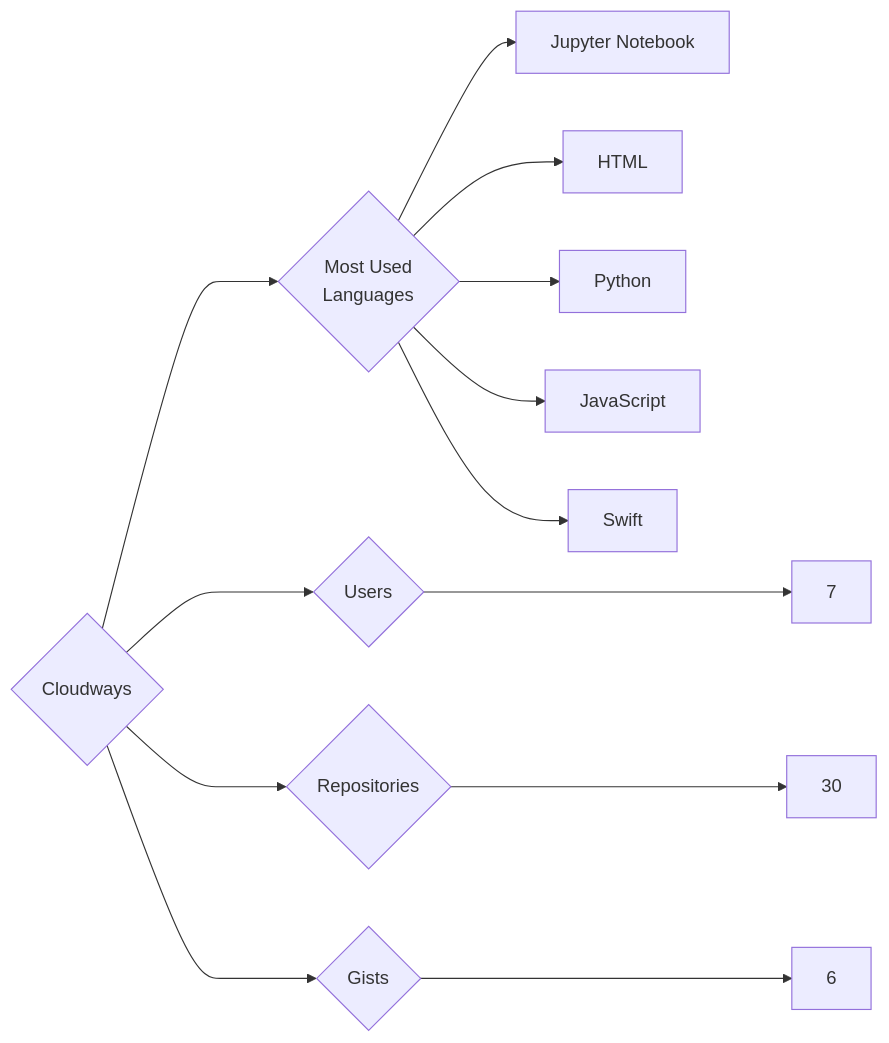
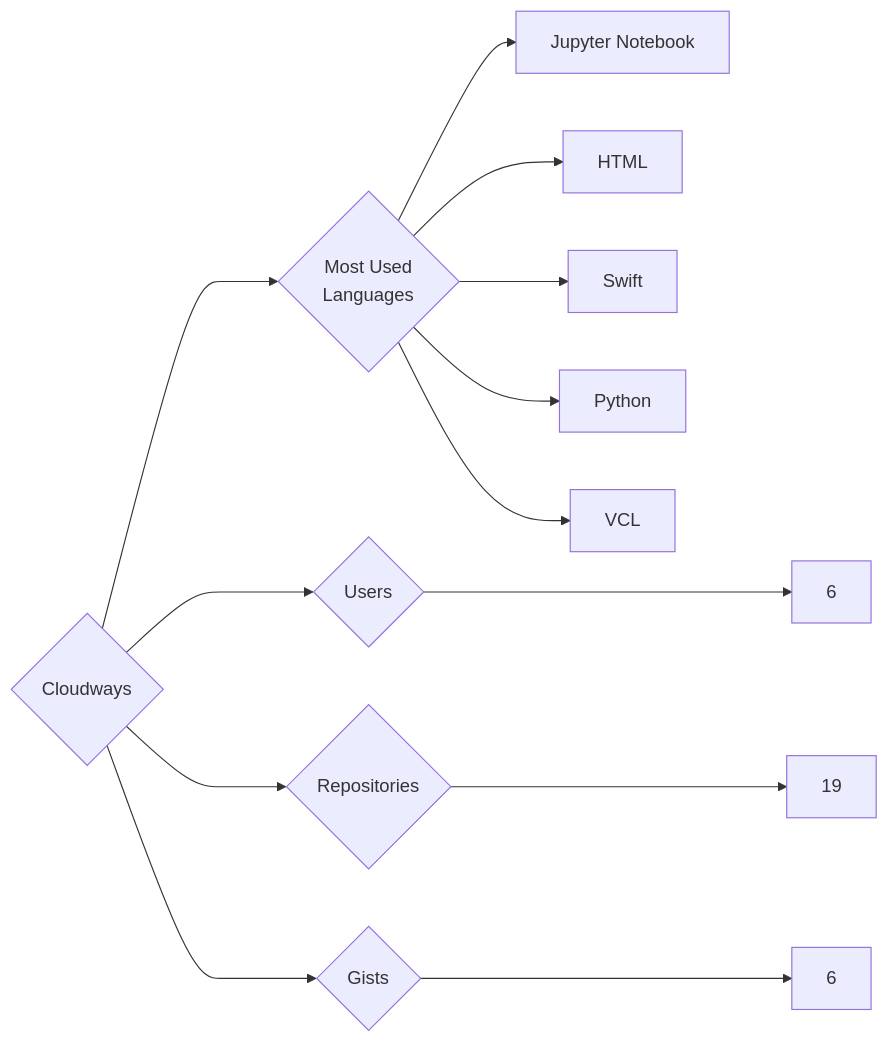
Before and after one commit to trickest/insiders: the diagram in targets/Cloudways/README.md, drawn with Mermaid. The commit also changed 736 other files, not shown here.

````diff
--- a/targets/Cloudways/README.md
+++ b/targets/Cloudways/README.md
@@ -3,13 +3,13 @@
 ```mermaid
 graph LR
 COMPANY_NAME{Cloudways}
-COMPANY_NAME ---> U{Users} ---> UN[7]
-COMPANY_NAME ---> R{Repositories} ---> RN[30]
+COMPANY_NAME ---> U{Users} ---> UN[6]
+COMPANY_NAME ---> R{Repositories} ---> RN[19]
 COMPANY_NAME ---> G{Gists} ---> GN[6]
 COMPANY_NAME ---> ML{Most Used<br>Languages}
 ML --> Jupyter_Notebook[Jupyter Notebook]
 ML --> HTML[HTML]
+ML --> Swift[Swift]
 ML --> Python[Python]
-ML --> JavaScript[JavaScript]
-ML --> Swift[Swift]
+ML --> VCL[VCL]
 ```
````
